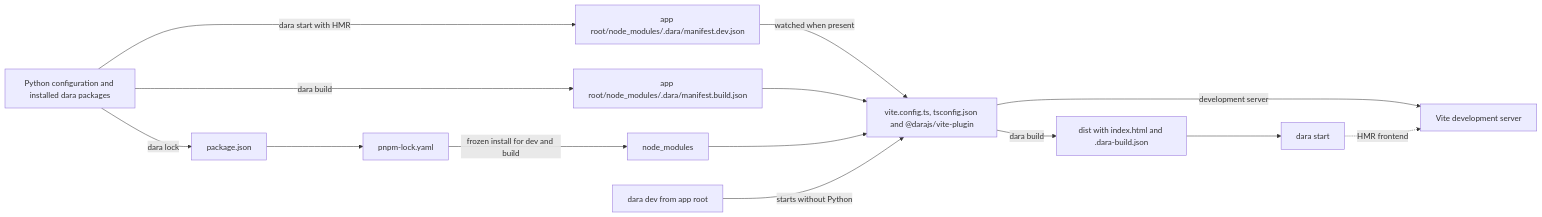
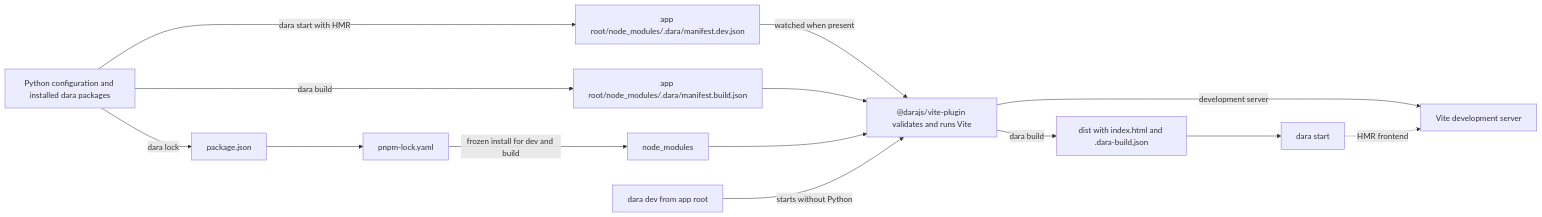
Before and after one commit to causalens/dara: the diagram in docs-internal/proposals/dara-js-build-redesign.md, drawn with Mermaid. The commit also changed other lines of this file, not shown here.

````diff
--- a/docs-internal/proposals/dara-js-build-redesign.md
+++ b/docs-internal/proposals/dara-js-build-redesign.md
@@ -155,25 +157,25 @@
 ```mermaid
 flowchart LR
     config["Python configuration and installed dara packages"]
     package["package.json"]
     lock["pnpm-lock.yaml"]
     devManifest["app root/node_modules/.dara/manifest.dev.json"]
     buildManifest["app root/node_modules/.dara/manifest.build.json"]
     modules["node_modules"]
-    vite["vite.config.ts, tsconfig.json and @darajs/vite-plugin"]
+    vite["@darajs/vite-plugin validates and runs Vite"]
     devCommand["dara dev from app root"]
     dev["Vite development server"]
     dist["dist with index.html and .dara-build.json"]
     start["dara start"]
 
     config -->|"dara lock"| package --> lock
     lock -->|"frozen install for dev and build"| modules
     config -->|"dara start with HMR"| devManifest
     devManifest -->|"watched when present"| vite
     config -->|"dara build"| buildManifest --> vite
     modules --> vite
     devCommand -->|"starts without Python"| vite
     vite -->|"development server"| dev
     vite -->|"dara build"| dist --> start
     start -.->|"HMR frontend"| dev
 ```
````
